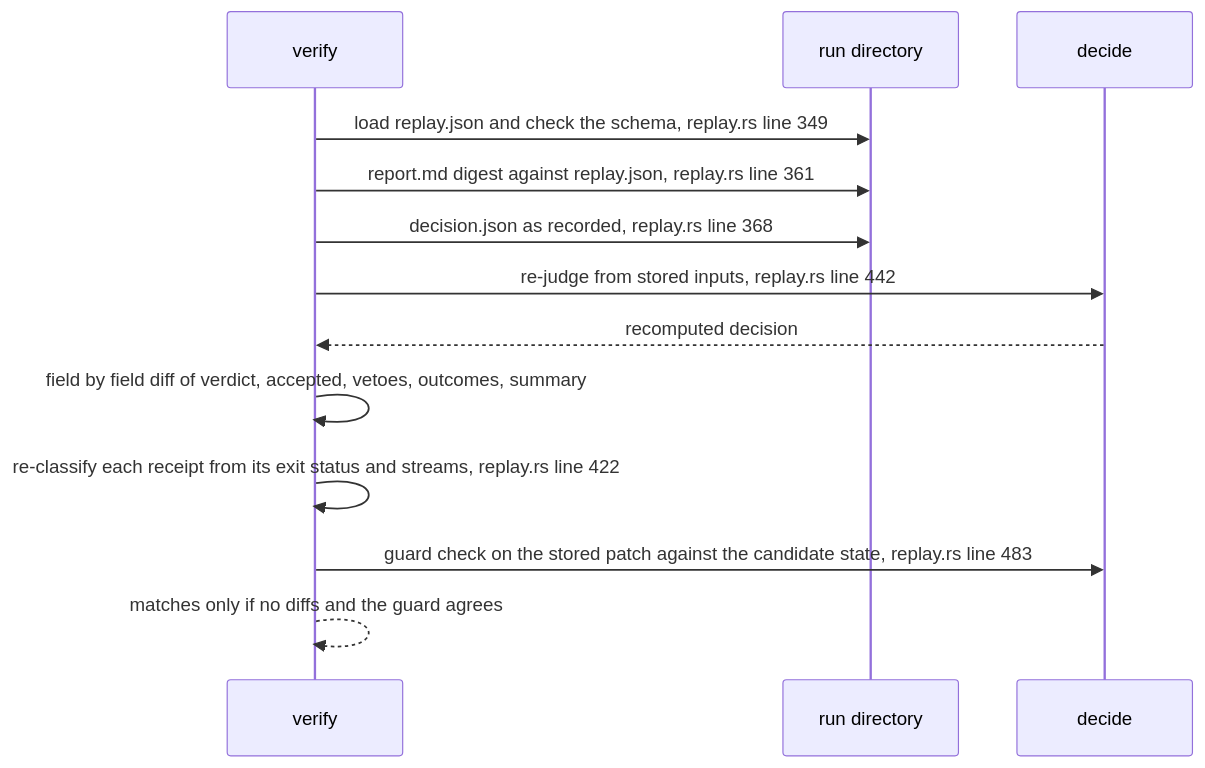
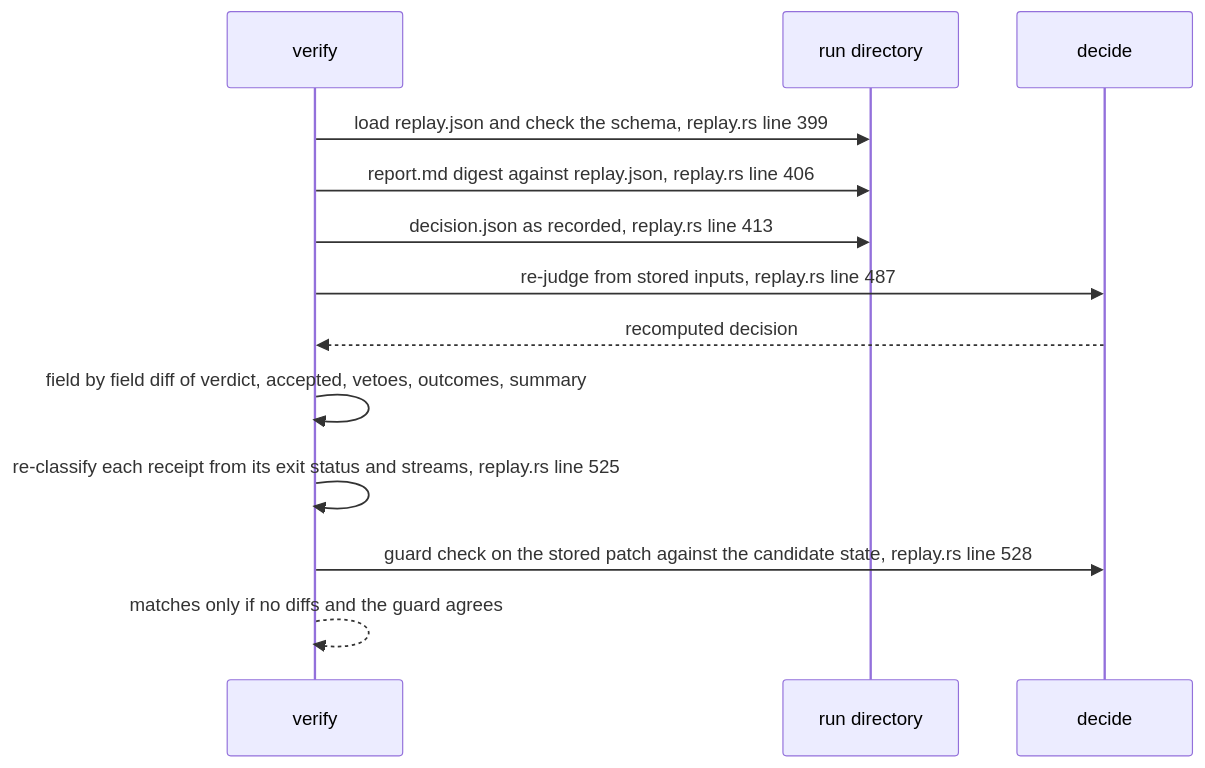
One commit to DreamLab-AI/dream-engine changed the second of 2 diagrams in docs/diagrams/nightly/02-replay-capture-and-verify.md. Above: the diagram before and after it, drawn with Mermaid. The commit also changed other lines of this file and 12 other files, not shown here.

Commit message:
docs(diagrams): re-verify and re-stamp the corpus at 0f6a669 after the audit hardening

````diff
--- a/docs/diagrams/nightly/02-replay-capture-and-verify.md
+++ b/docs/diagrams/nightly/02-replay-capture-and-verify.md
@@ -61,15 +65,15 @@
 ```mermaid
 sequenceDiagram
     participant V as verify
     participant D as run directory
     participant G as decide
-    V->>D: load replay.json and check the schema, replay.rs line 349
-    V->>D: report.md digest against replay.json, replay.rs line 361
-    V->>D: decision.json as recorded, replay.rs line 368
-    V->>G: re-judge from stored inputs, replay.rs line 442
+    V->>D: load replay.json and check the schema, replay.rs line 399
+    V->>D: report.md digest against replay.json, replay.rs line 406
+    V->>D: decision.json as recorded, replay.rs line 413
+    V->>G: re-judge from stored inputs, replay.rs line 487
     G-->>V: recomputed decision
     V->>V: field by field diff of verdict, accepted, vetoes, outcomes, summary
-    V->>V: re-classify each receipt from its exit status and streams, replay.rs line 422
-    V->>G: guard check on the stored patch against the candidate state, replay.rs line 483
+    V->>V: re-classify each receipt from its exit status and streams, replay.rs line 525
+    V->>G: guard check on the stored patch against the candidate state, replay.rs line 528
     V-->>V: matches only if no diffs and the guard agrees
 ```
````
